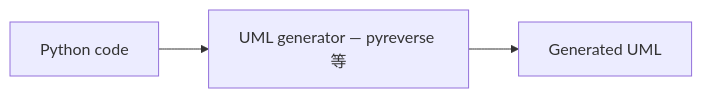
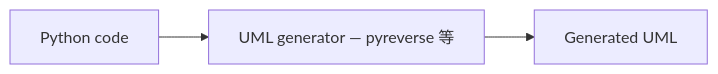
The first of 2 diagrams in .agent/skills/architecture/SKILL.md (XYChouMian/caegraph), drawn with Mermaid before and after one commit. The commit also changed 3 other files, not shown here.

Commit message:
docs: apply nowrap classdef to all remaining mermaid diagrams

````diff
--- a/.agent/skills/architecture/SKILL.md
+++ b/.agent/skills/architecture/SKILL.md
@@ -12,4 +12,6 @@
 ```mermaid
 flowchart LR
     A["Python code"] --> B["UML generator — pyreverse 等"] --> C["Generated UML"]
+    classDef nowrap white-space:nowrap
+    class A,B,C nowrap
 ```
````
